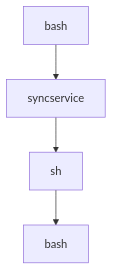
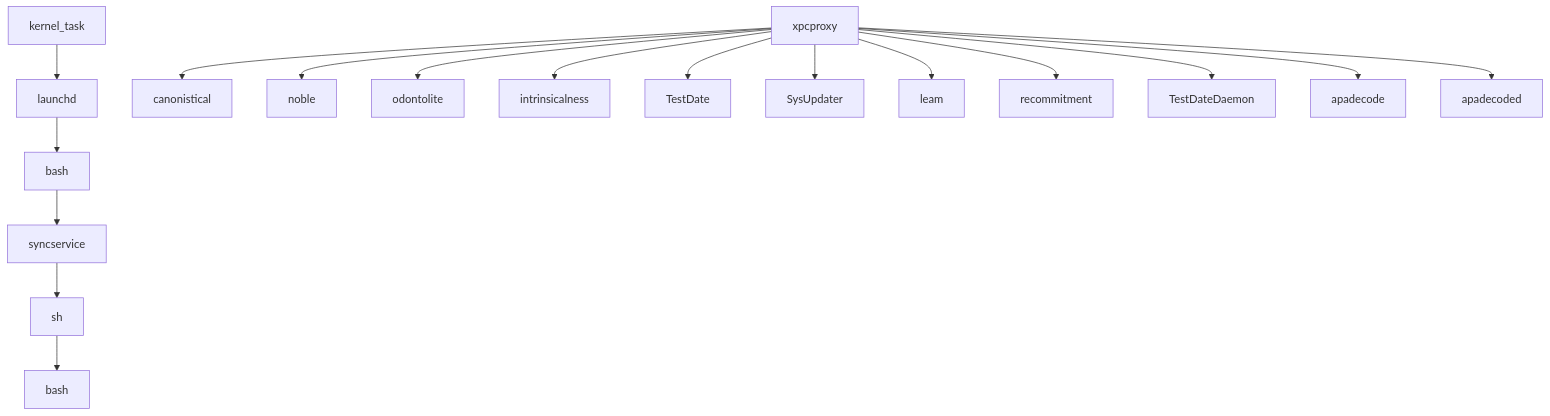
The diagram in _posts/2022-05-19-Mac-Malware.md (WildDogOne/DemonWareXT.github.io), drawn with Mermaid before and after one commit.

Commit message:
adding new case

```diff
--- a/_posts/2022-05-19-Mac-Malware.md
+++ b/_posts/2022-05-19-Mac-Malware.md
@@ -15,10 +15,38 @@
 <div class="mermaid">
 flowchart TD;
+    kernel_task[kernel_task];
+    launchd[launchd];
     bash1[bash];
+    xpcproxy[xpcproxy];
     syncservice[syncservice];
     bash2[bash];
     sh[sh];
+    canonistical[canonistical];
+    noble[noble];
+    odontolite[odontolite];
+    intrinsicalness[intrinsicalness];
+    TestDate[TestDate];
+    SysUpdater[SysUpdater];
+    leam[leam];
+    recommitment[recommitment];
+    TestDateDaemon[TestDateDaemon];
+    apadecode[apadecode];
+    apadecoded[apadecoded];
+
+    kernel_task --> launchd;
+    launchd --> bash1;
     bash1 --> syncservice;
     syncservice --> sh;
     sh --> bash2;
+    xpcproxy --> canonistical;
+    xpcproxy --> noble;
+    xpcproxy --> odontolite;
+    xpcproxy --> intrinsicalness;
+    xpcproxy --> TestDate;
+    xpcproxy --> SysUpdater;
+    xpcproxy --> leam;
+    xpcproxy --> recommitment;
+    xpcproxy --> TestDateDaemon;
+    xpcproxy --> apadecode;
+    xpcproxy --> apadecoded;
 </div>
```
